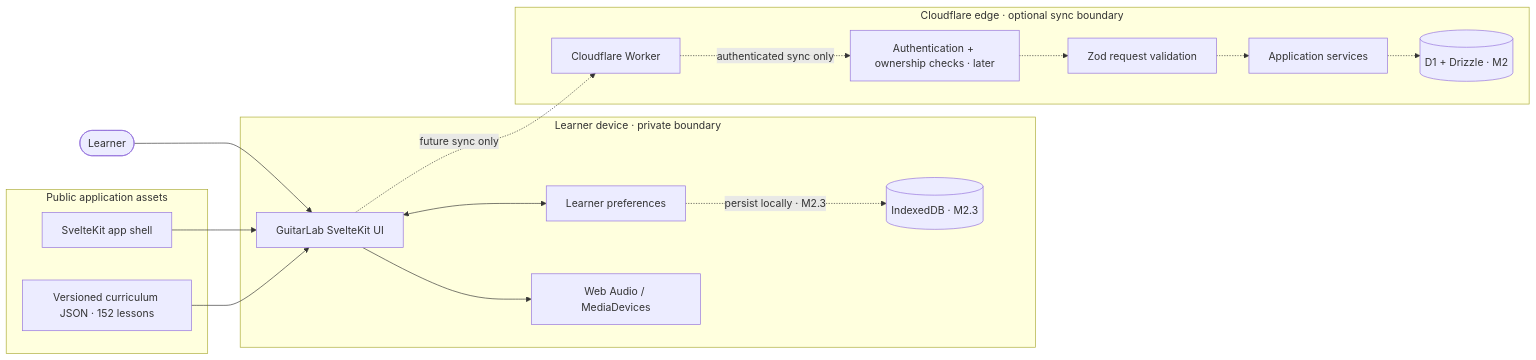
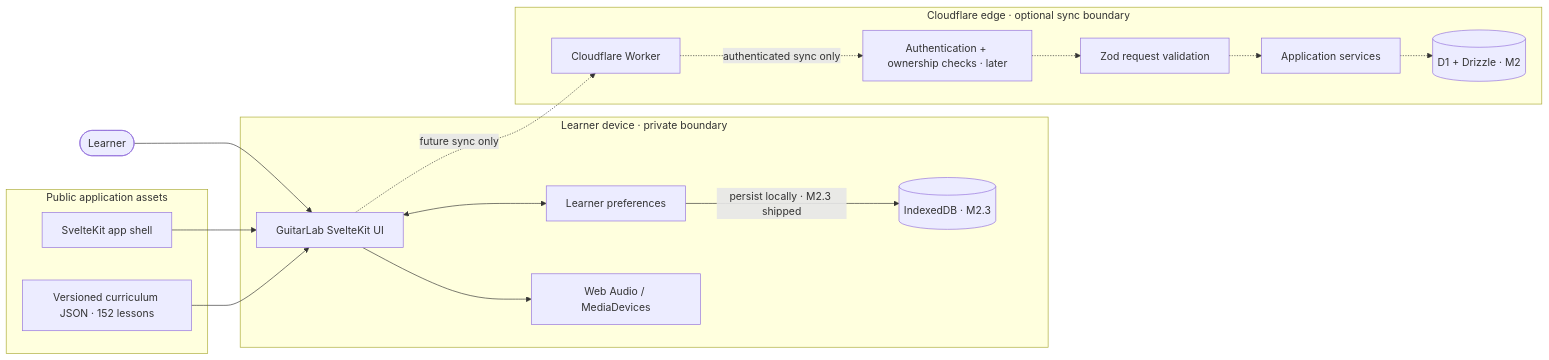
Before and after one commit to leenusdarnal/guitarlab: the first of 7 diagrams in docs/DIAGRAMS.md, drawn with Mermaid. The commit also changed other lines of this file, not shown here.

Commit message:
docs: align architecture diagrams with shipped milestones

````diff
--- a/docs/DIAGRAMS.md
+++ b/docs/DIAGRAMS.md
@@ -7,32 +7,32 @@
 ```mermaid
 flowchart LR
   learner([Learner])
   subgraph device["Learner device · private boundary"]
     ui["GuitarLab SvelteKit UI"]
     prefs["Learner preferences"]
     idb[("IndexedDB · M2.3")]
     audio["Web Audio / MediaDevices"]
     ui <--> prefs
-    prefs -. "persist locally · M2.3" .-> idb
+    prefs -->|persist locally · M2.3 shipped| idb
     ui --> audio
   end
   subgraph public["Public application assets"]
     lessons["Versioned curriculum JSON · 152 lessons"]
     shell["SvelteKit app shell"]
   end
   subgraph edge["Cloudflare edge · optional sync boundary"]
     worker["Cloudflare Worker"]
     auth["Authentication + ownership checks · later"]
     validate["Zod request validation"]
     services["Application services"]
     d1[("D1 + Drizzle · M2")]
     worker -. "authenticated sync only" .-> auth
     auth -.-> validate
     validate -.-> services
     services -.-> d1
   end
   learner --> ui
   shell --> ui
   lessons --> ui
   ui -. "future sync only" .-> worker
 ```
````
